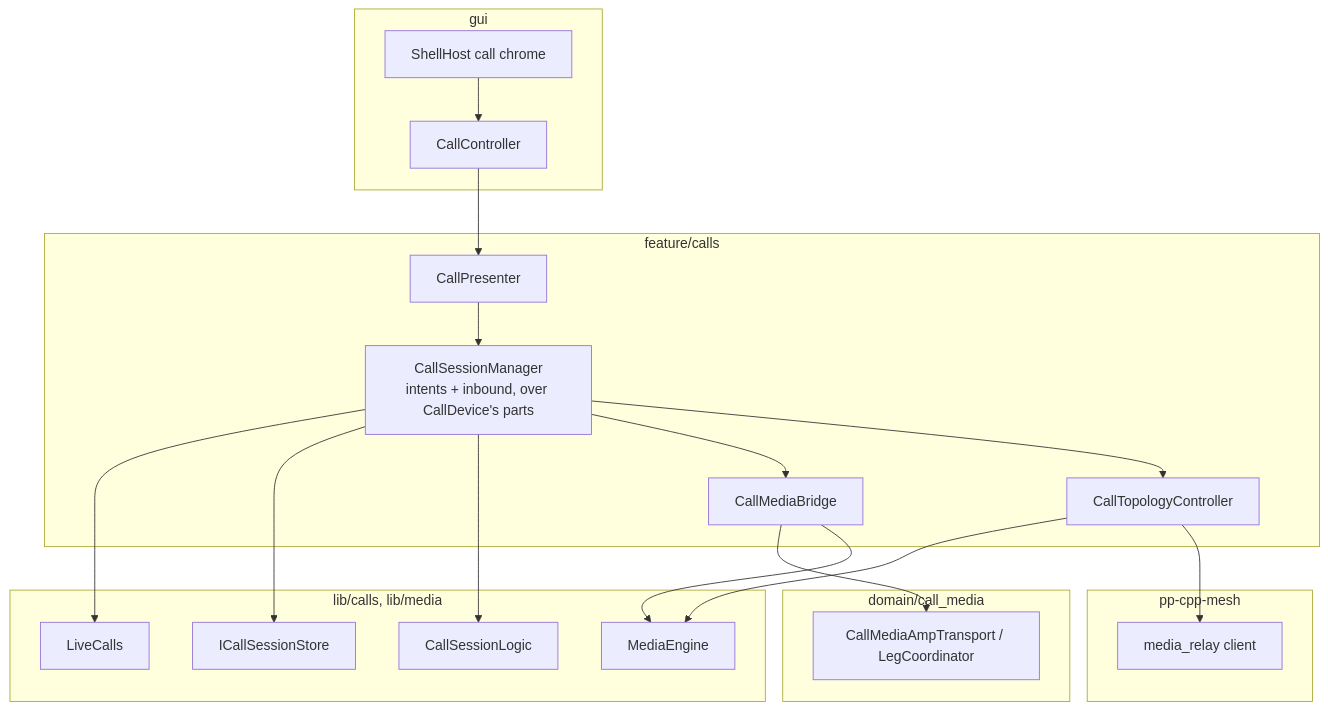
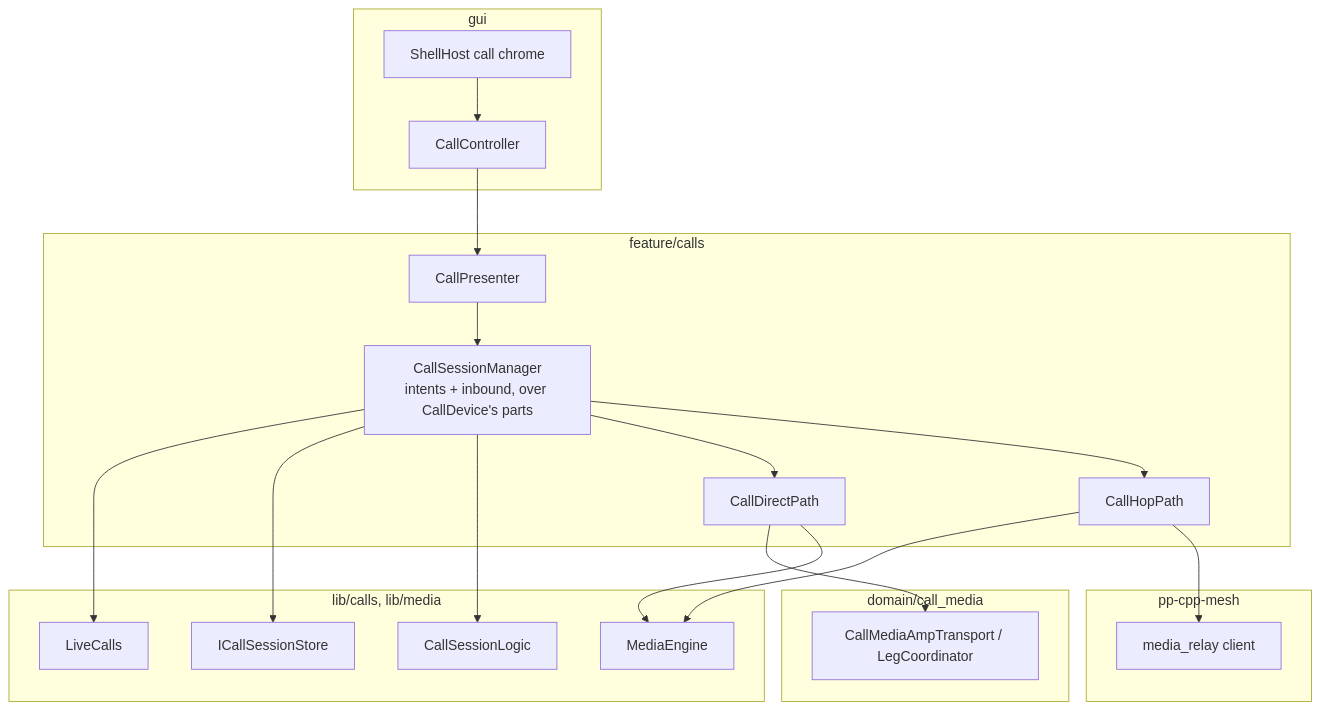
The second of 4 diagrams in docs/architecture/CALLS.md (people-post/pp-browser), drawn with Mermaid before and after one commit. The commit also changed other lines of this file and 59 other files, not shown here.

````diff
--- a/docs/architecture/CALLS.md
+++ b/docs/architecture/CALLS.md
@@ -147,37 +147,37 @@
 ```mermaid
 flowchart TB
   subgraph gui [gui]
     CC[CallController]
     Shell[ShellHost call chrome]
   end
   subgraph feature [feature/calls]
     CP[CallPresenter]
     CSM[CallSessionManager<br/>intents + inbound, over CallDevice's parts]
-    L2P[CallMediaBridge]
-    Topo[CallTopologyController]
+    L2P[CallDirectPath]
+    Topo[CallHopPath]
   end
   subgraph domain [domain/call_media]
     Amp[CallMediaAmpTransport / LegCoordinator]
   end
   subgraph lib [lib/calls, lib/media]
     Live[LiveCalls]
     Store[ICallSessionStore]
     Logic[CallSessionLogic]
     Eng[MediaEngine]
   end
   subgraph mesh [pp-cpp-mesh]
     MR[media_relay client]
   end
   Shell --> CC
   CC --> CP
   CP --> CSM
   CSM --> Live
   CSM --> Store
   CSM --> Logic
   CSM --> L2P
   CSM --> Topo
   L2P --> Amp
   L2P --> Eng
   Topo --> Eng
   Topo --> MR
 ```
````
